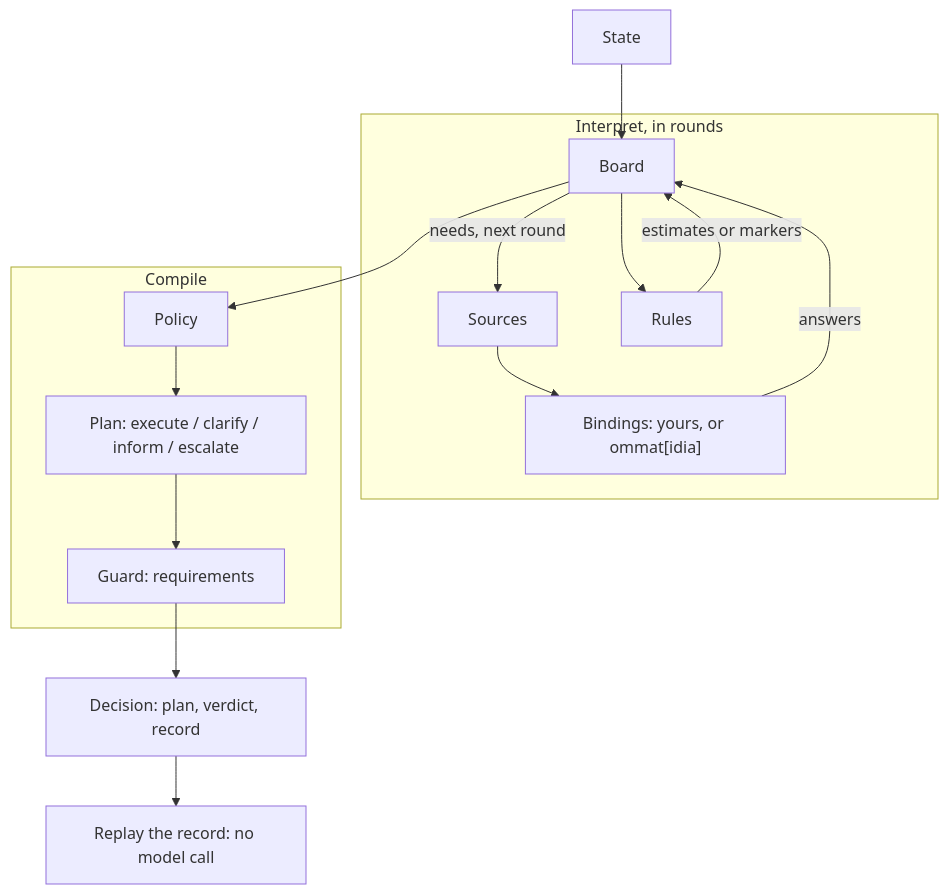
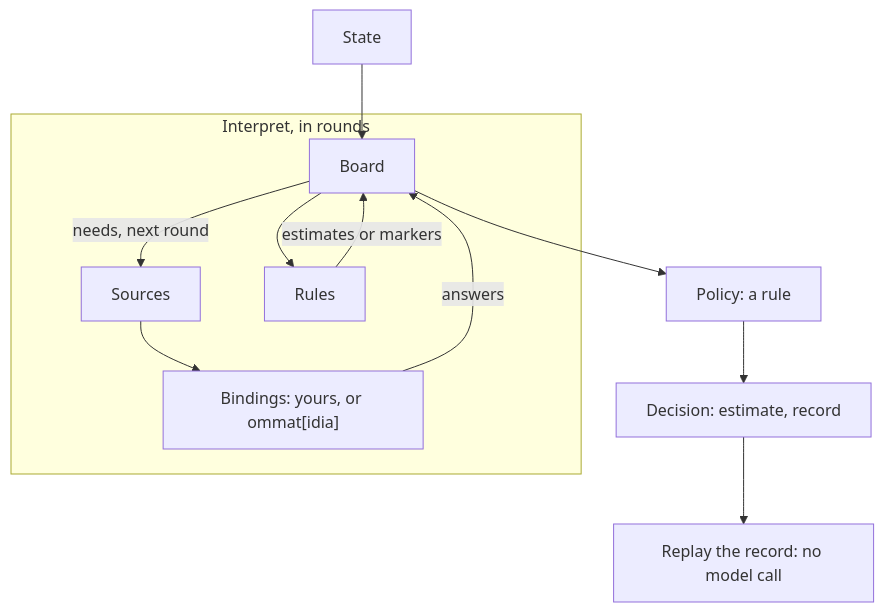
The diagram in README.md (CRSiegfried/ommat), drawn with Mermaid before and after one commit. The commit also changed other lines of this file and 165 other files, not shown here.

First line of the commit message:
Retire the plan and the guard; a turn ends at interpret

````diff
--- a/README.md
+++ b/README.md
@@ -19,14 +19,10 @@
 ```mermaid
 flowchart TD
   S["State"] --> Bd
   subgraph I["Interpret, in rounds"]
     Src["Sources"] --> B["Bindings: yours, or ommat[idia]"] -->|answers| Bd["Board"]
     Bd --> Ru["Rules"] -->|"estimates or markers"| Bd
     Bd -->|"needs, next round"| Src
   end
-  subgraph C["Compile"]
-    P["Policy"] --> Pl["Plan: execute / clarify / inform / escalate"] --> G["Guard: requirements"]
-  end
-  Bd --> P
-  G --> D["Decision: plan, verdict, record"] --> Rp["Replay the record: no model call"]
+  Bd --> P["Policy: a rule"] --> D["Decision: estimate, record"] --> Rp["Replay the record: no model call"]
 ```
````
